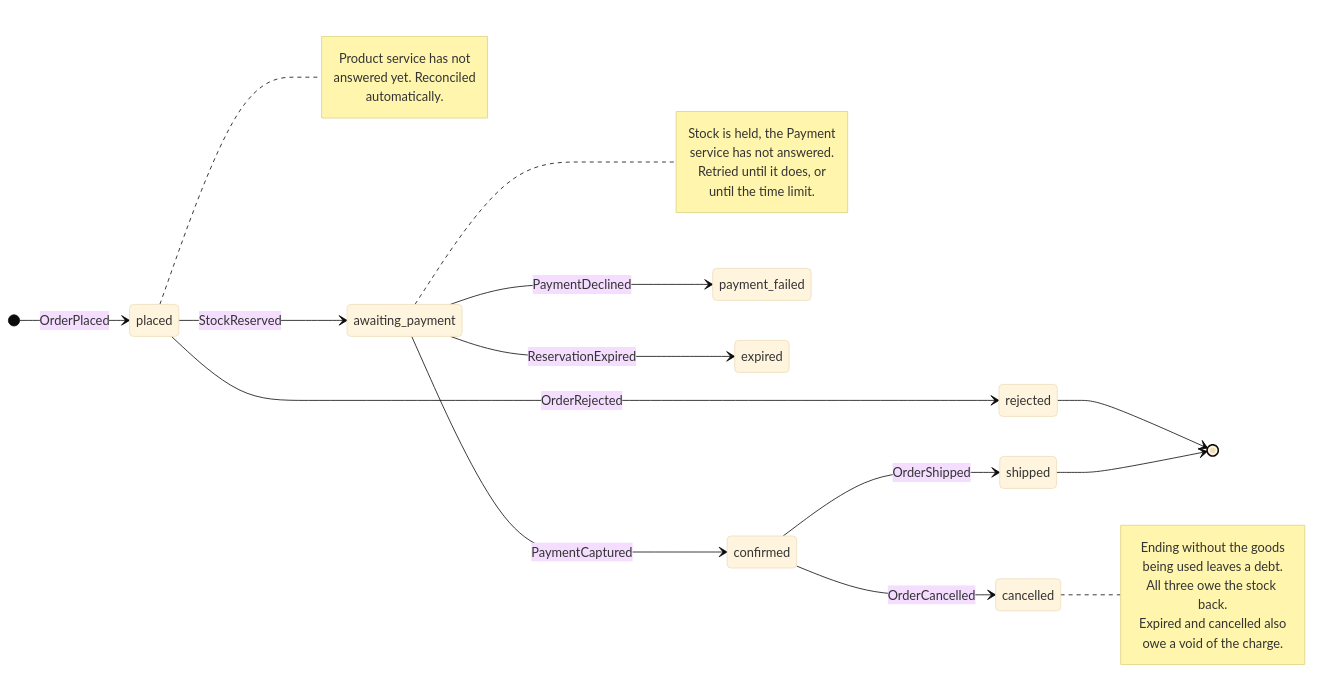
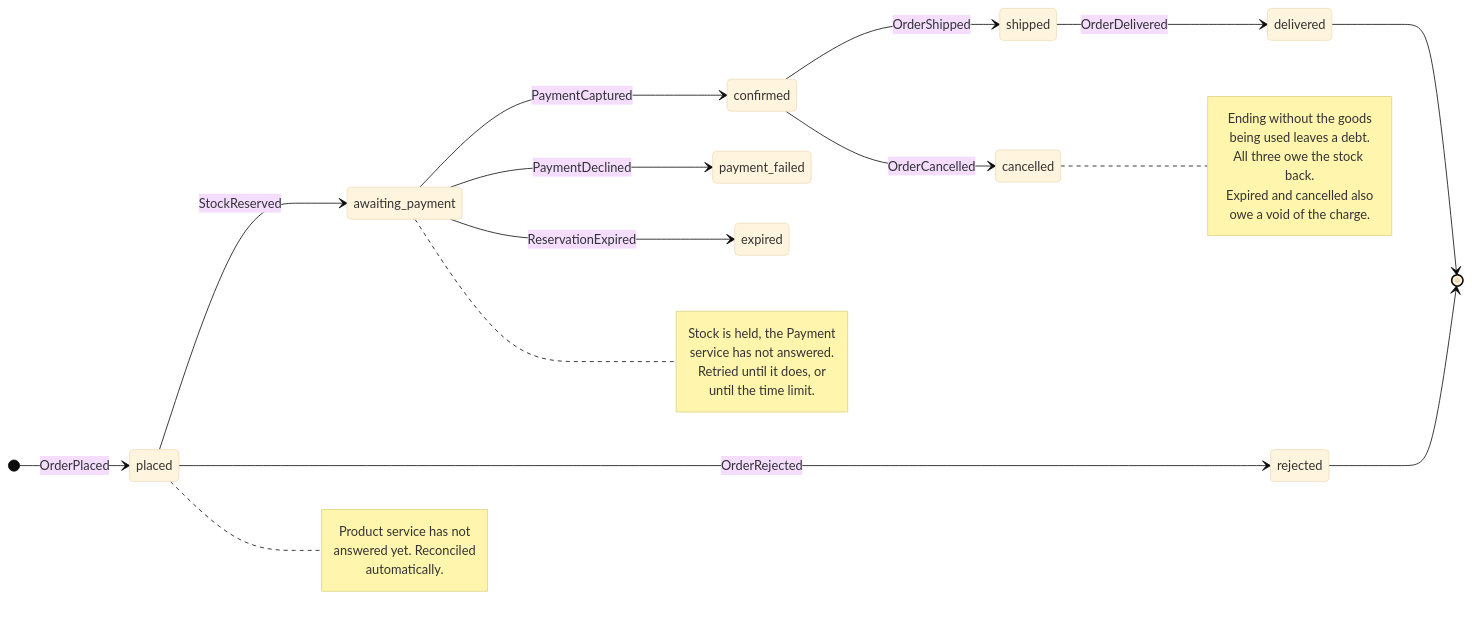
The diagram in docs/diagrams/order-lifecycle.mmd (surabhis16/gocart), drawn with Mermaid (base theme) before and after one commit. The commit also changed 64 other files, not shown here.

```diff
--- a/docs/diagrams/order-lifecycle.mmd
+++ b/docs/diagrams/order-lifecycle.mmd
@@ -1,30 +1,31 @@
 stateDiagram-v2
     direction LR
     [*] --> placed: OrderPlaced
     placed --> awaiting_payment: StockReserved
     placed --> rejected: OrderRejected
     awaiting_payment --> confirmed: PaymentCaptured
     awaiting_payment --> payment_failed: PaymentDeclined
     awaiting_payment --> expired: ReservationExpired
     confirmed --> shipped: OrderShipped
     confirmed --> cancelled: OrderCancelled
     rejected --> [*]
-    shipped --> [*]
+    shipped --> delivered: OrderDelivered
+    delivered --> [*]
     note right of placed
         Product service has not
         answered yet. Reconciled
         automatically.
     end note
     note right of awaiting_payment
         Stock is held, the Payment
         service has not answered.
         Retried until it does, or
         until the time limit.
     end note
     note right of cancelled
         Ending without the goods
         being used leaves a debt.
         All three owe the stock back.
         Expired and cancelled also
         owe a void of the charge.
     end note
```
